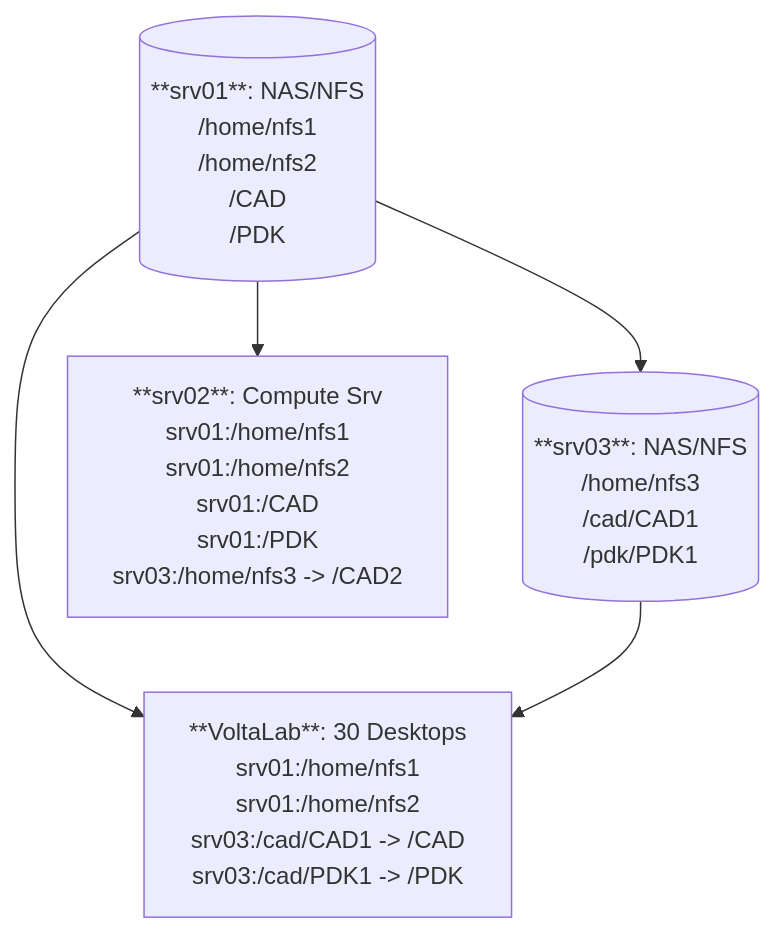
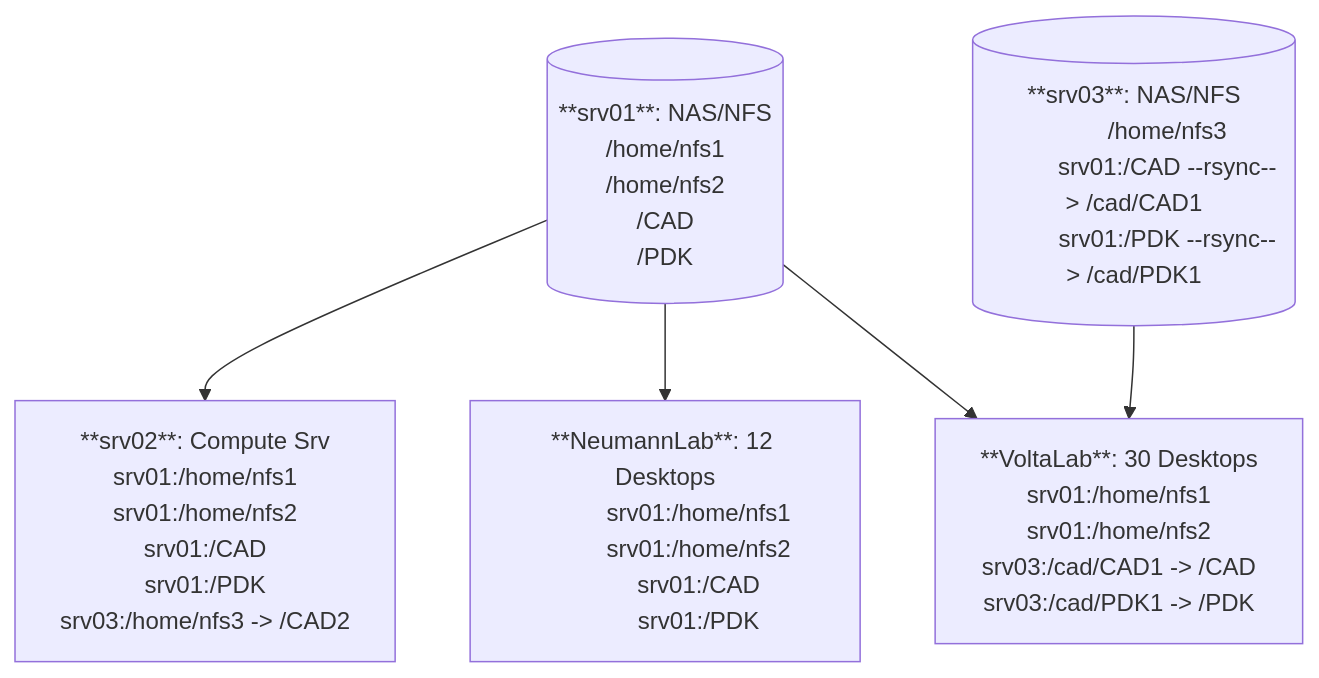
Before and after one commit to silicon-vlsi/silicon-vlsi.github.io: the diagram in wiki/wiki-it.md, drawn with Mermaid.

````diff
--- a/wiki/wiki-it.md
+++ b/wiki/wiki-it.md
@@ -1287,33 +1287,39 @@
 ```mermaid
 graph TD;
   srv01[(**srv01**: NAS/NFS
           /home/nfs1
           /home/nfs2
           /CAD
           /PDK
          )]
   srv03[(**srv03**: NAS/NFS
           /home/nfs3
-          /cad/CAD1
-          /pdk/PDK1
+          srv01:/CAD --rsync--> /cad/CAD1
+          srv01:/PDK --rsync--> /cad/PDK1
          )]
 
   srv02[ **srv02**: Compute Srv
           srv01:/home/nfs1
           srv01:/home/nfs2
           srv01:/CAD
           srv01:/PDK
           srv03:/home/nfs3 -> /CAD2
         ]
   voltaLab[**VoltaLab**: 30 Desktops
           srv01:/home/nfs1
           srv01:/home/nfs2
           srv03:/cad/CAD1 -> /CAD
           srv03:/cad/PDK1 -> /PDK
         ]
+  neumannLab[**NeumannLab**: 12 Desktops
+          srv01:/home/nfs1
+          srv01:/home/nfs2
+          srv01:/CAD
+          srv01:/PDK
+        ]
   srv01 --> srv02;
-  srv01 --> srv03;
+  srv01 --> neumannLab;
   srv01 --> voltaLab;
   srv03 --> voltaLab;
   
 ```
````
